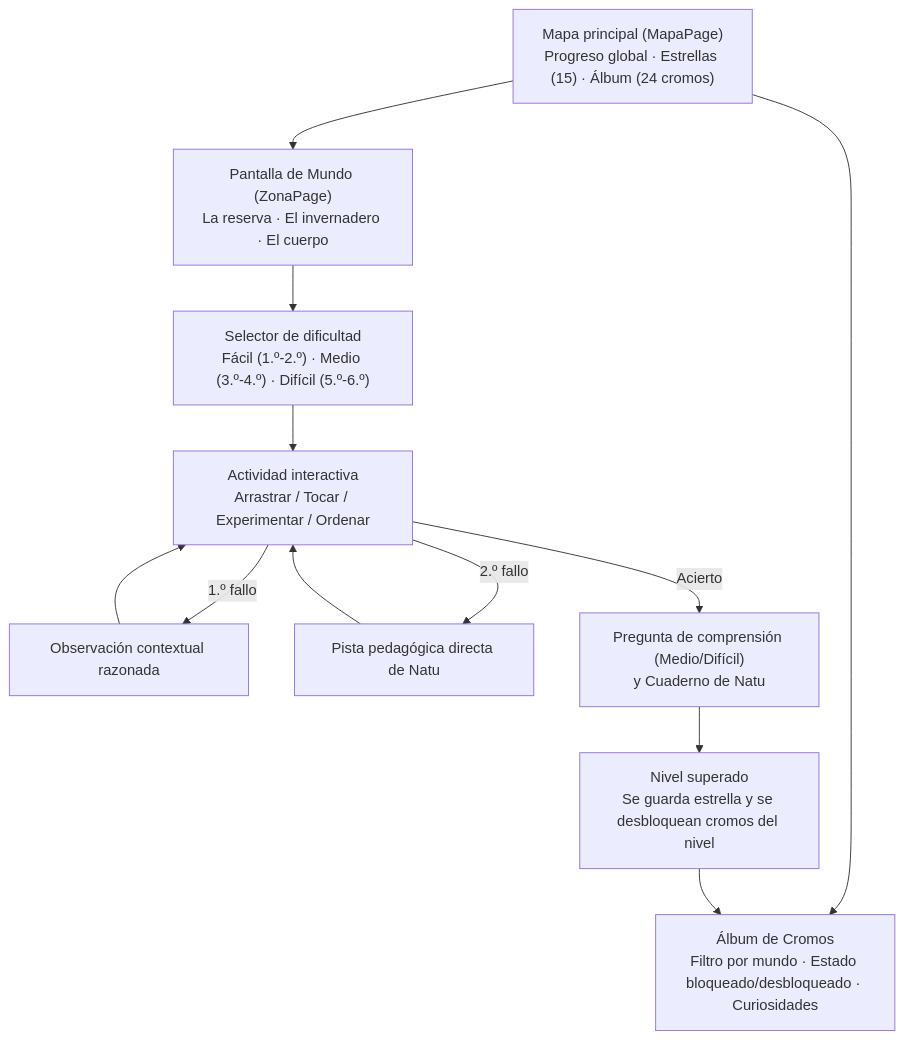
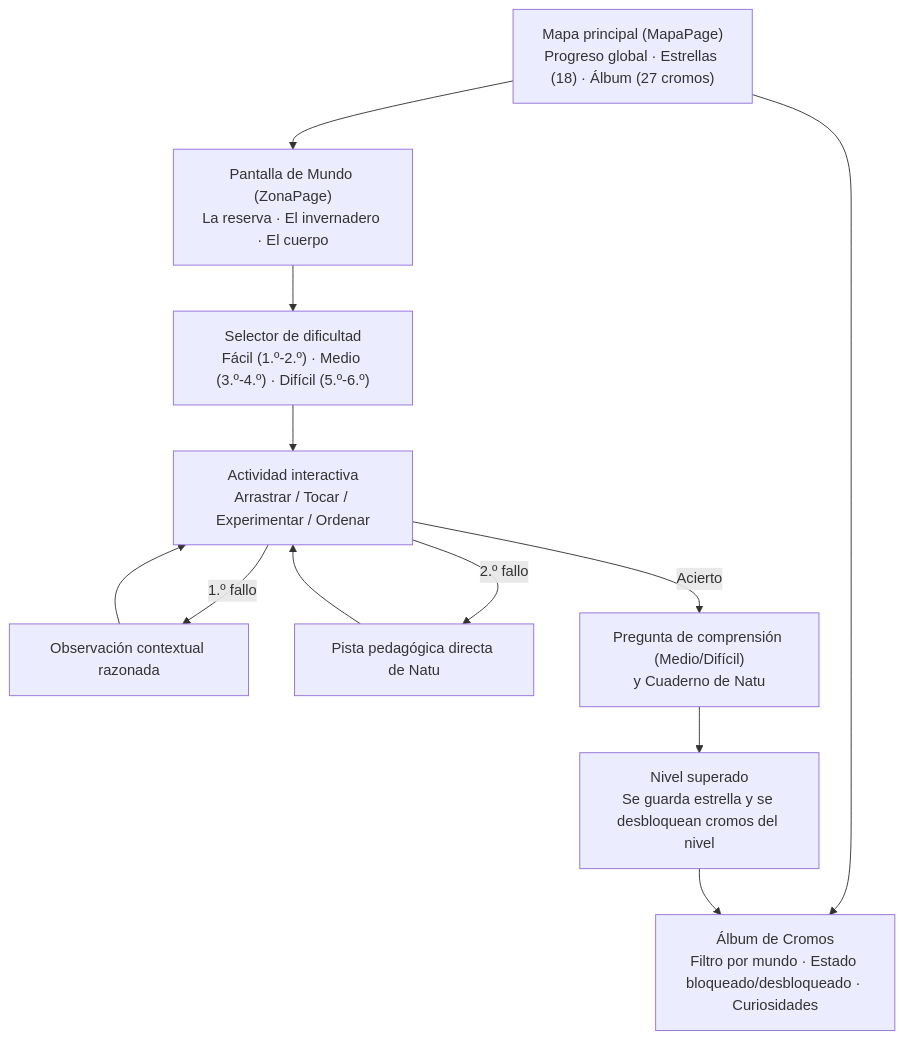
One commit to imoroc/NaturalMente changed the second of 2 diagrams in README.md. Above: the diagram before and after it, drawn with Mermaid. The commit also changed other lines of this file and 17 other files, not shown here.

````diff
--- a/README.md
+++ b/README.md
@@ -100,14 +101,14 @@
 ```mermaid
 flowchart TD
-  A["Mapa principal (MapaPage)\nProgreso global · Estrellas (15) · Álbum (24 cromos)"] --> B["Pantalla de Mundo (ZonaPage)\nLa reserva · El invernadero · El cuerpo"]
+  A["Mapa principal (MapaPage)\nProgreso global · Estrellas (18) · Álbum (27 cromos)"] --> B["Pantalla de Mundo (ZonaPage)\nLa reserva · El invernadero · El cuerpo"]
   A --> C["Álbum de Cromos\nFiltro por mundo · Estado bloqueado/desbloqueado · Curiosidades"]
   B --> D["Selector de dificultad\nFácil (1.º-2.º) · Medio (3.º-4.º) · Difícil (5.º-6.º)"]
   D --> E["Actividad interactiva\nArrastrar / Tocar / Experimentar / Ordenar"]
   E -->|1.º fallo| F["Observación contextual razonada"]
   E -->|2.º fallo| G["Pista pedagógica directa de Natu"]
   F --> E
   G --> E
   E -->|Acierto| H["Pregunta de comprensión (Medio/Difícil)\ny Cuaderno de Natu"]
   H --> I["Nivel superado\nSe guarda estrella y se desbloquean cromos del nivel"]
   I --> C
 ```
````
